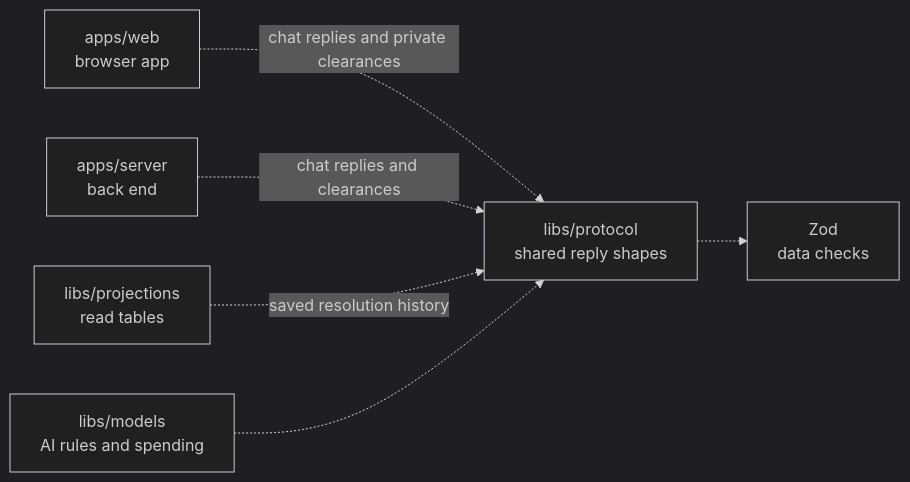
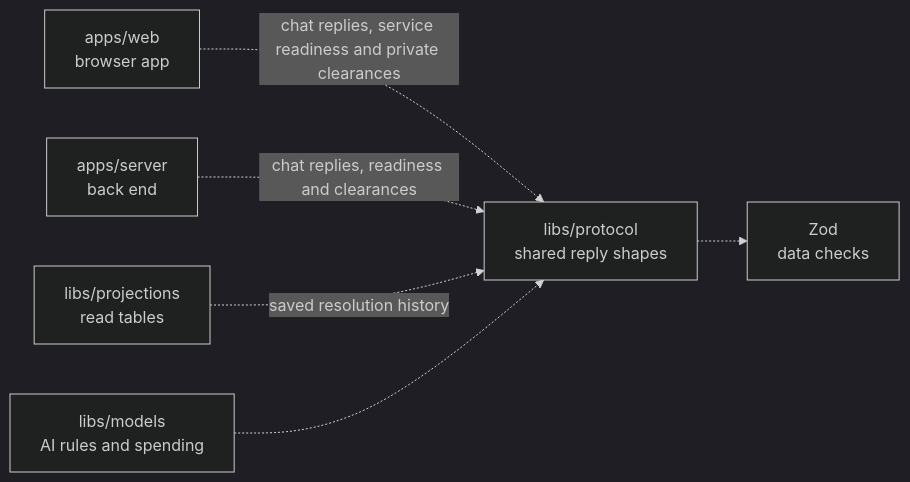
The diagram in libs/protocol/README.md (elewa-git/opencrane-new), drawn with Mermaid (dark theme) before and after one commit. The commit also changed other lines of this file and 28 other files, not shown here.

Commit message:
💬 Explain assistant service maintenance waits in chat

````diff
--- a/libs/protocol/README.md
+++ b/libs/protocol/README.md
@@ -34,8 +34,8 @@
 ```mermaid
 flowchart LR
-  web["apps/web<br/>browser app"] -.->|chat replies and private clearances| protocol["libs/protocol<br/>shared reply shapes"]
-  server["apps/server<br/>back end"] -.->|chat replies and clearances| protocol
+  web["apps/web<br/>browser app"] -.->|chat replies, service readiness and private clearances| protocol["libs/protocol<br/>shared reply shapes"]
+  server["apps/server<br/>back end"] -.->|chat replies, readiness and clearances| protocol
   projections["libs/projections<br/>read tables"] -.->|saved resolution history| protocol
   models["libs/models<br/>AI rules and spending"] -.-> protocol
   protocol -.-> zod["Zod<br/>data checks"]
 ```
````
